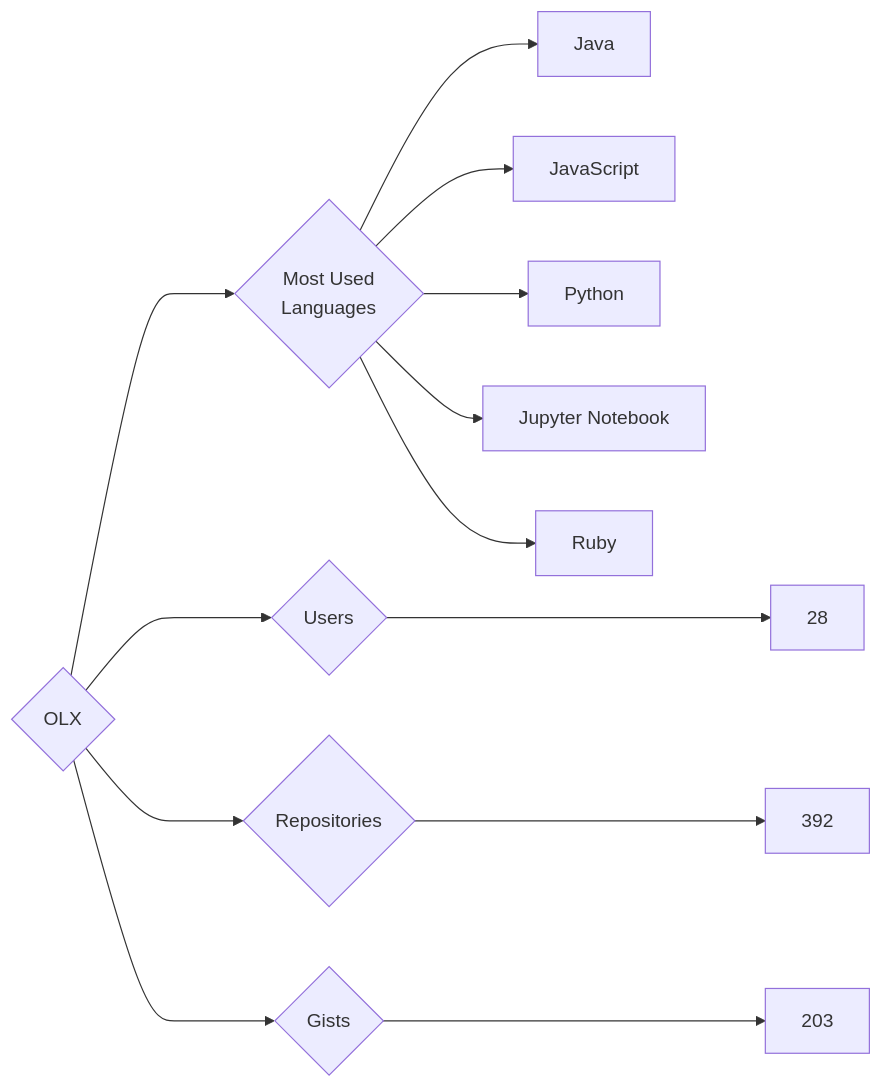
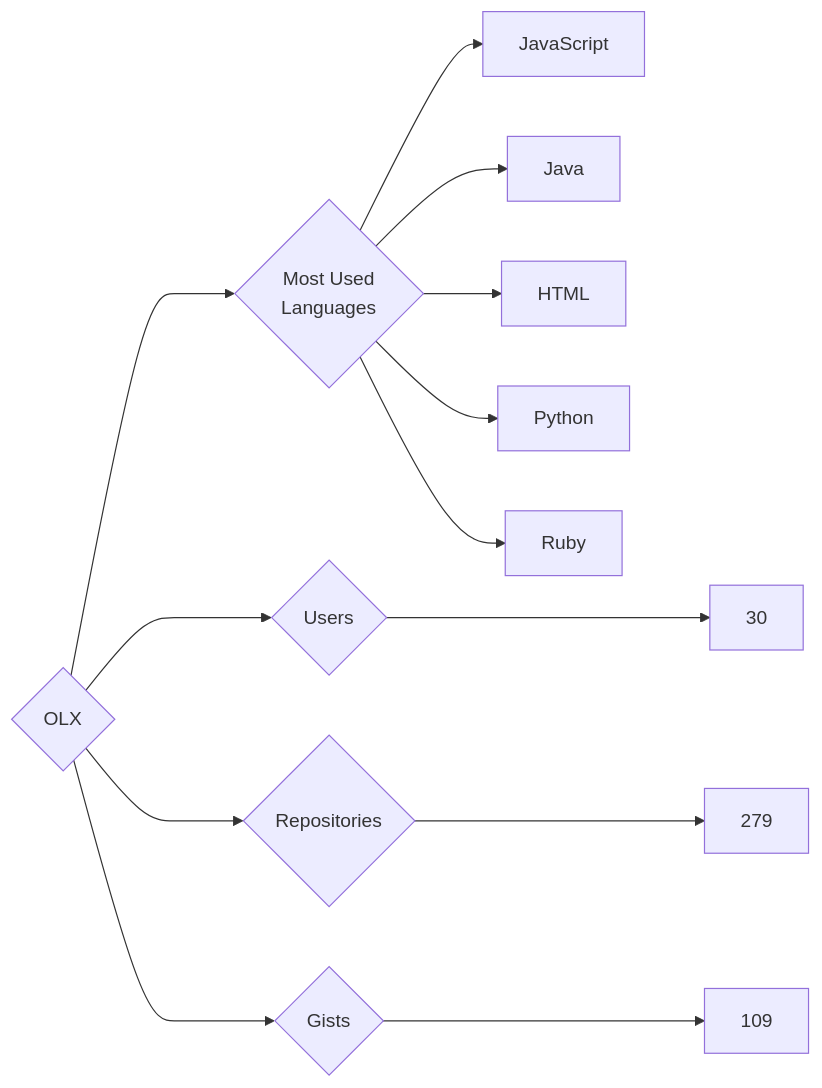
Before and after one commit to trickest/insiders: the diagram in targets/OLX/README.md, drawn with Mermaid. The commit also changed 970 other files, not shown here.

````diff
--- a/targets/OLX/README.md
+++ b/targets/OLX/README.md
@@ -3,13 +3,13 @@
 ```mermaid
 graph LR
 COMPANY_NAME{OLX}
-COMPANY_NAME ---> U{Users} ---> UN[28]
-COMPANY_NAME ---> R{Repositories} ---> RN[392]
-COMPANY_NAME ---> G{Gists} ---> GN[203]
+COMPANY_NAME ---> U{Users} ---> UN[30]
+COMPANY_NAME ---> R{Repositories} ---> RN[279]
+COMPANY_NAME ---> G{Gists} ---> GN[109]
 COMPANY_NAME ---> ML{Most Used<br>Languages}
+ML --> JavaScript[JavaScript]
 ML --> Java[Java]
-ML --> JavaScript[JavaScript]
+ML --> HTML[HTML]
 ML --> Python[Python]
-ML --> Jupyter_Notebook[Jupyter Notebook]
 ML --> Ruby[Ruby]
 ```
````
